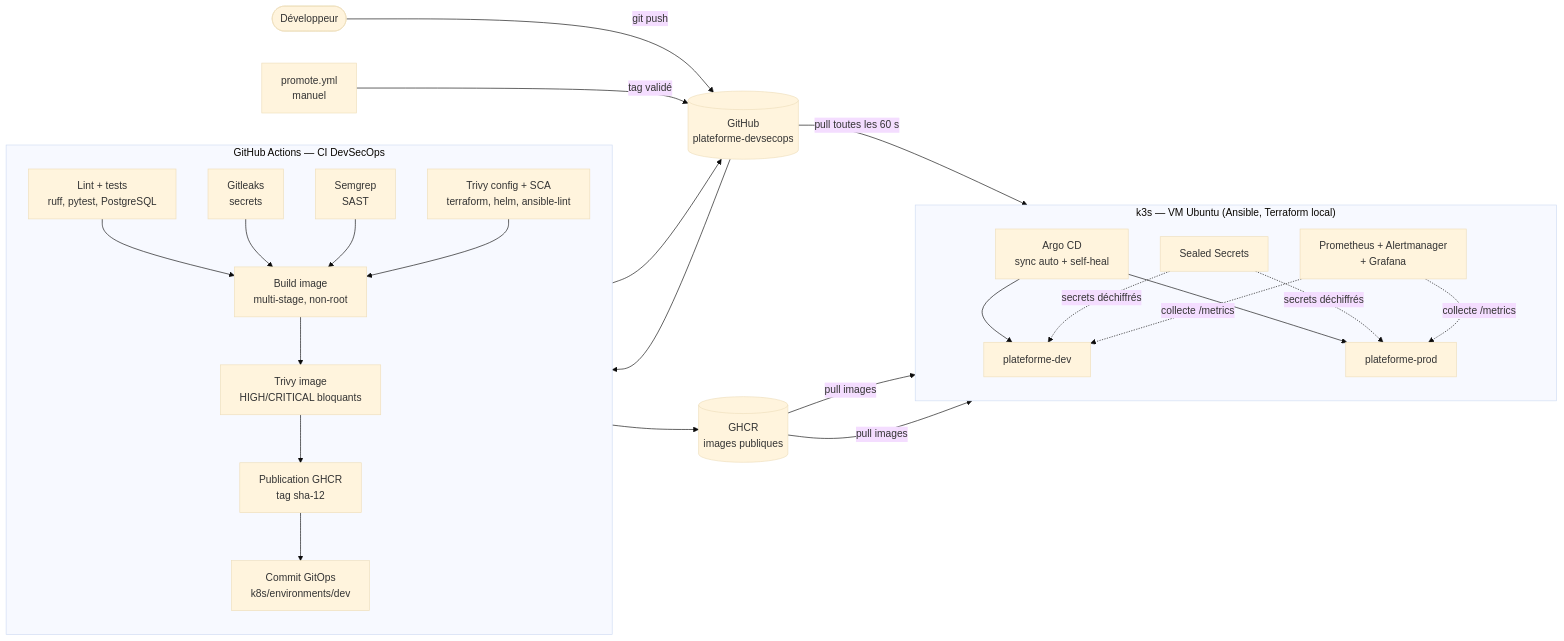
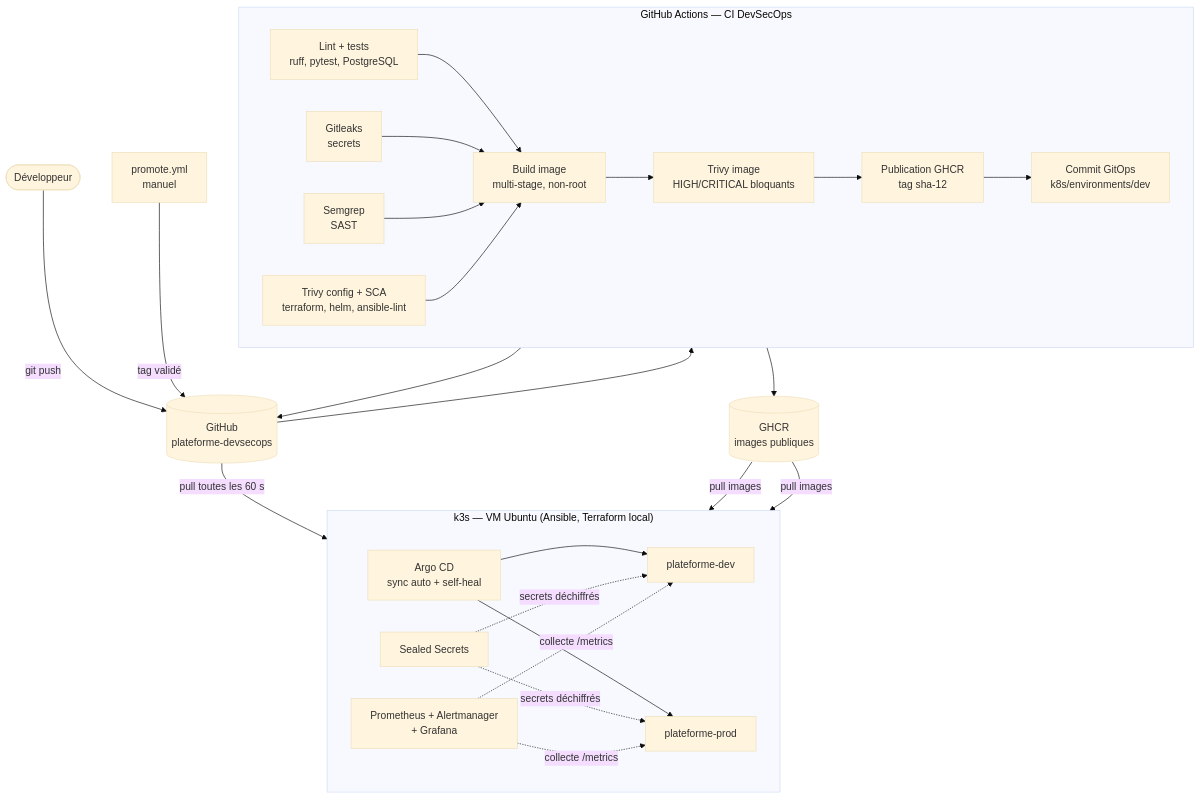
Before and after one commit to Ghassen-kahia/plateforme-devsecops: the diagram in docs/architecture/chaine-devsecops.mmd, drawn with Mermaid (base theme). The commit also changed 7 other files, not shown here.

```diff
--- a/docs/architecture/chaine-devsecops.mmd
+++ b/docs/architecture/chaine-devsecops.mmd
@@ -1,35 +1,35 @@
-flowchart LR
+flowchart TB
   dev([Développeur]) -->|git push| gh[(GitHub<br/>plateforme-devsecops)]
 
   subgraph CI["GitHub Actions — CI DevSecOps"]
-    direction TB
+    direction LR
     lint[Lint + tests<br/>ruff, pytest, PostgreSQL]
     gl[Gitleaks<br/>secrets]
     sg[Semgrep<br/>SAST]
     iac[Trivy config + SCA<br/>terraform, helm, ansible-lint]
     build[Build image<br/>multi-stage, non-root]
     tri[Trivy image<br/>HIGH/CRITICAL bloquants]
     push[Publication GHCR<br/>tag sha-12]
     gitops[Commit GitOps<br/>k8s/environments/dev]
     lint & gl & sg & iac --> build --> tri --> push --> gitops
   end
 
   gh --> CI
   push --> ghcr[(GHCR<br/>images publiques)]
   gitops --> gh
   promote[promote.yml<br/>manuel] -->|tag validé| gh
 
   subgraph K3S["k3s — VM Ubuntu (Ansible, Terraform local)"]
-    direction TB
+    direction LR
     argo[Argo CD<br/>sync auto + self-heal]
     ss[Sealed Secrets]
     devns[plateforme-dev]
     prodns[plateforme-prod]
     mon[Prometheus + Alertmanager<br/>+ Grafana]
     argo --> devns & prodns
     ss -.secrets déchiffrés.-> devns & prodns
     mon -.collecte /metrics.-> devns & prodns
   end
 
   gh -->|pull toutes les 60 s| argo
   ghcr -->|pull images| devns & prodns
```
